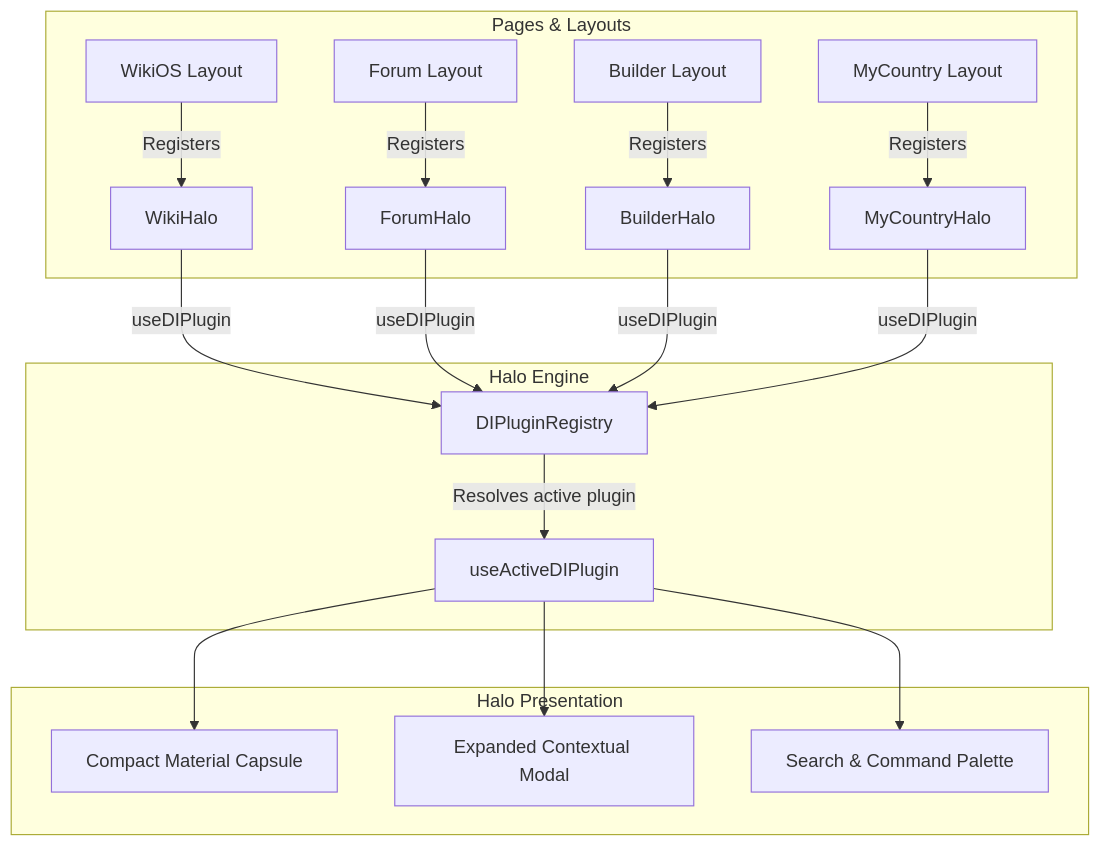
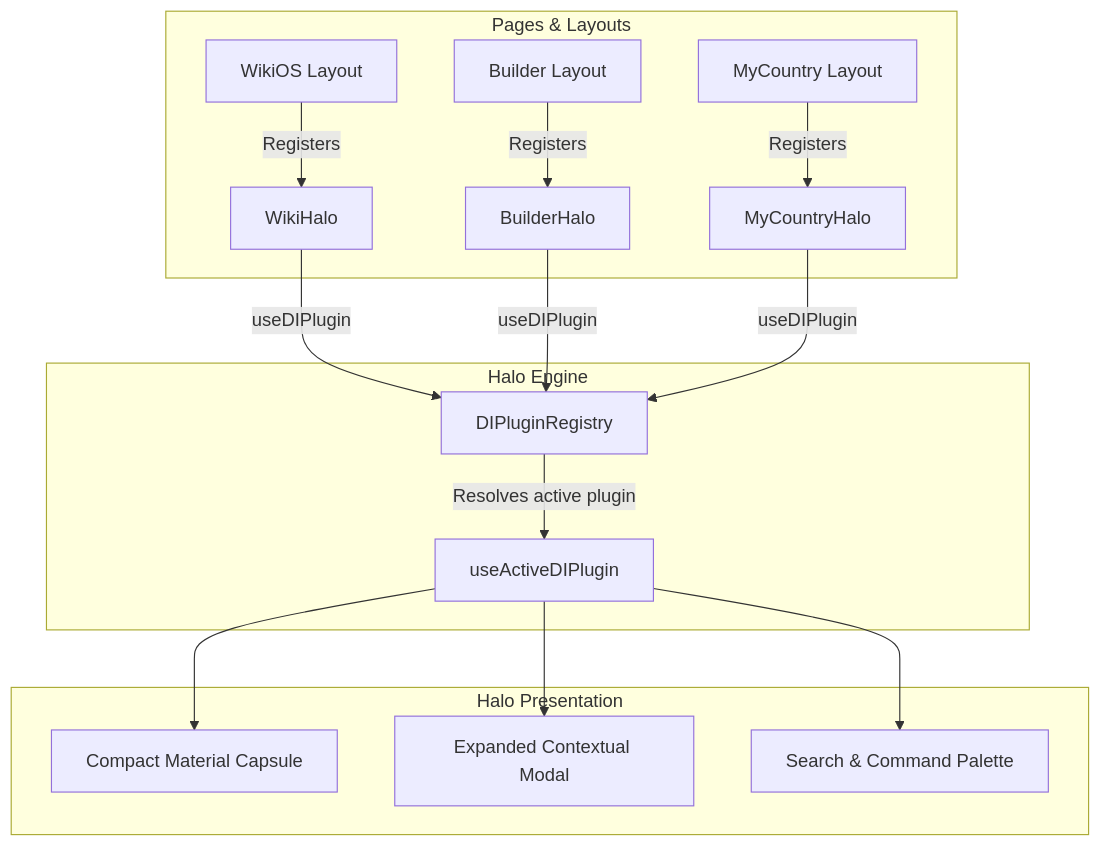
The diagram in docs/systems/halo.md (algolds/ixstats), drawn with Mermaid before and after one commit. The commit also changed other lines of this file and 25 other files, not shown here.

````diff
--- a/docs/systems/halo.md
+++ b/docs/systems/halo.md
@@ -193,20 +187,19 @@
 ```mermaid
 graph TD
     subgraph Pages & Layouts
         Wiki[WikiOS Layout] -- Registers --> PluginW[WikiHalo]
-        Forum[Forum Layout] -- Registers --> PluginF[ForumHalo]
         Builder[Builder Layout] -- Registers --> PluginB[BuilderHalo]
         Country[MyCountry Layout] -- Registers --> PluginC[MyCountryHalo]
     end
 
     subgraph Halo Engine
-        PluginW & PluginF & PluginB & PluginC -- useDIPlugin --> Registry[DIPluginRegistry]
+        PluginW & PluginB & PluginC -- useDIPlugin --> Registry[DIPluginRegistry]
         Registry -- Resolves active plugin --> Hook[useActiveDIPlugin]
     end
 
     subgraph Halo Presentation
         Hook --> CompactPill[Compact Material Capsule]
         Hook --> ExpandedModal[Expanded Contextual Modal]
         Hook --> SearchView[Search & Command Palette]
     end
 ```
````
